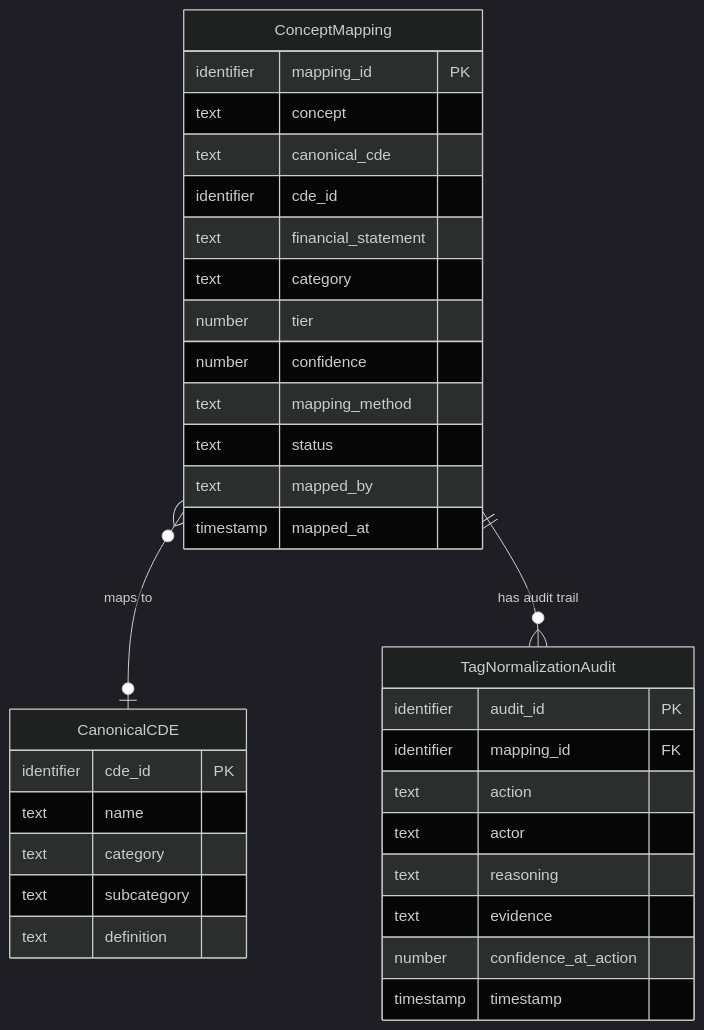
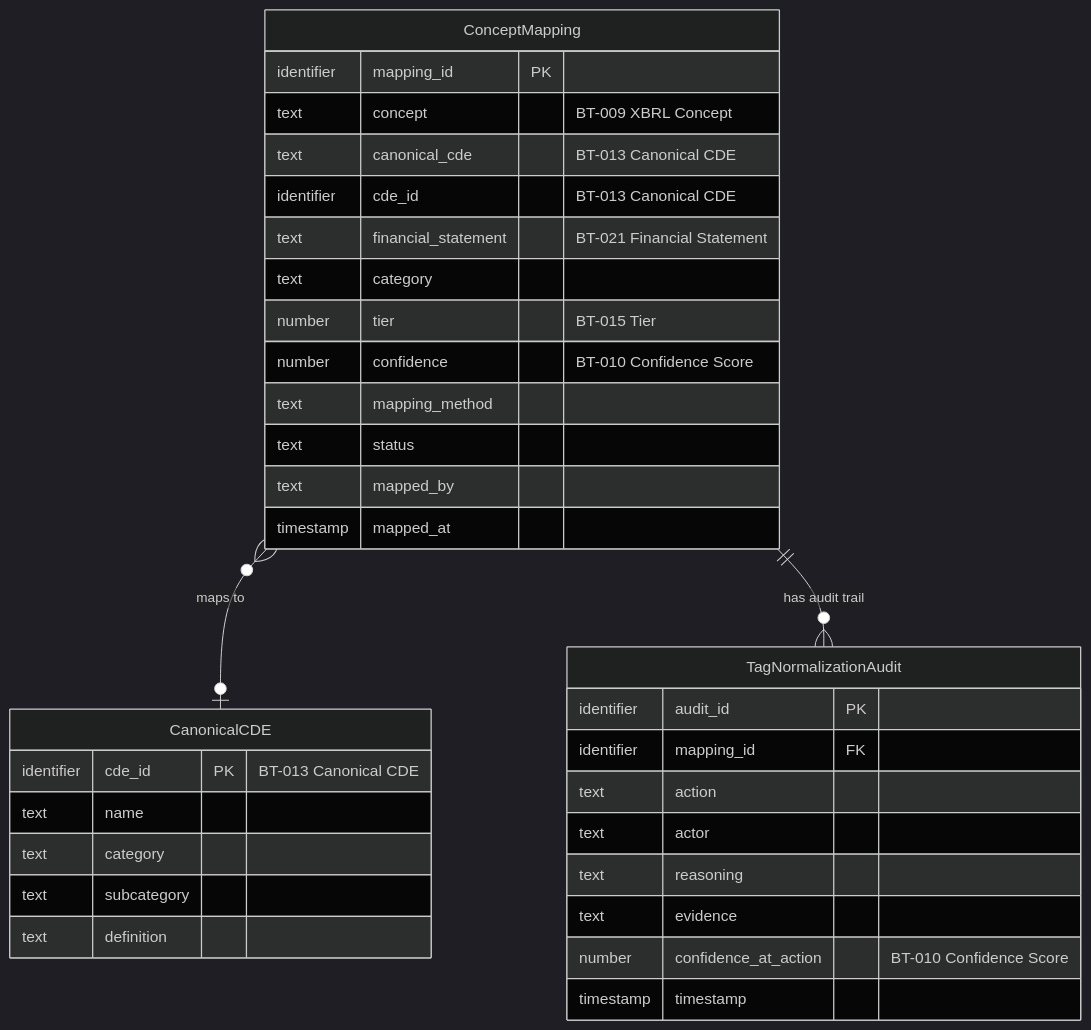
The fifth of 9 diagrams in README.md (jcernauske/sec-edgair), drawn with Mermaid (dark theme) before and after one commit. The commit also changed other lines of this file, not shown here.

First line of the commit message:
docs: add business term labels to logical model Mermaid diagrams in README

````diff
--- a/README.md
+++ b/README.md
@@ -247,36 +245,36 @@
 ```mermaid
 erDiagram
     ConceptMapping {
         identifier mapping_id PK
-        text concept
-        text canonical_cde
-        identifier cde_id
-        text financial_statement
+        text concept "BT-009 XBRL Concept"
+        text canonical_cde "BT-013 Canonical CDE"
+        identifier cde_id "BT-013 Canonical CDE"
+        text financial_statement "BT-021 Financial Statement"
         text category
-        number tier
-        number confidence
+        number tier "BT-015 Tier"
+        number confidence "BT-010 Confidence Score"
         text mapping_method
         text status
         text mapped_by
         timestamp mapped_at
     }
     TagNormalizationAudit {
         identifier audit_id PK
         identifier mapping_id FK
         text action
         text actor
         text reasoning
         text evidence
-        number confidence_at_action
+        number confidence_at_action "BT-010 Confidence Score"
         timestamp timestamp
     }
     CanonicalCDE {
-        identifier cde_id PK
+        identifier cde_id PK "BT-013 Canonical CDE"
         text name
         text category
         text subcategory
         text definition
     }
     ConceptMapping }o--o| CanonicalCDE : "maps to"
     ConceptMapping ||--o{ TagNormalizationAudit : "has audit trail"
 ```
````
